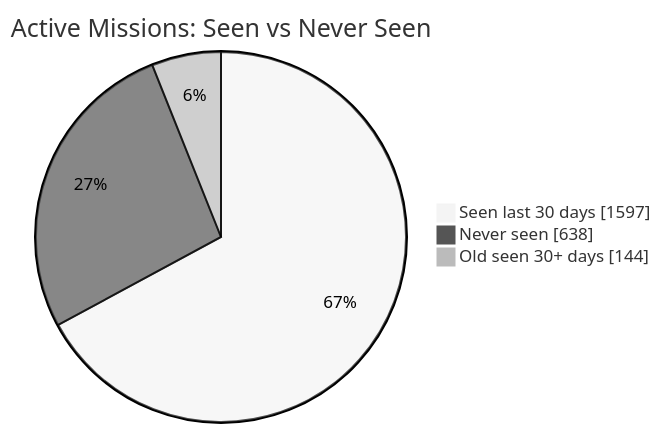
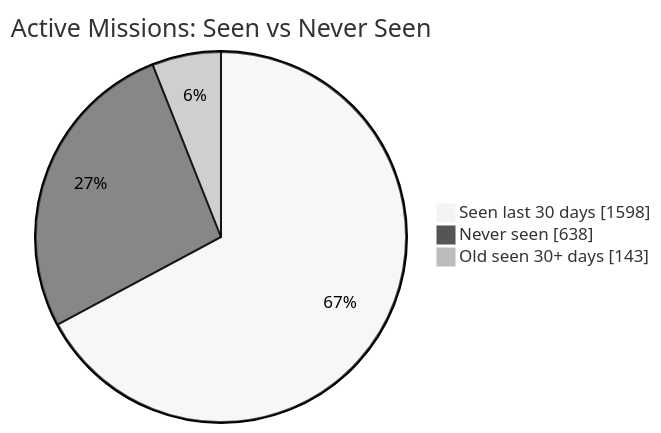
The first of 2 diagrams in README.md (MeldkamerspelGameTeam/active-missions), drawn with Mermaid (neutral theme) before and after one commit. The commit also changed other lines of this file and 2 other files, not shown here.

````diff
--- a/README.md
+++ b/README.md
@@ -34,7 +34,7 @@
 ```mermaid
 pie showData
     title Active Missions: Seen vs Never Seen
-    "Seen last 30 days" : 1597
+    "Seen last 30 days" : 1598
     "Never seen" : 638
-    "Old seen 30+ days" : 144
+    "Old seen 30+ days" : 143
 ```
````
